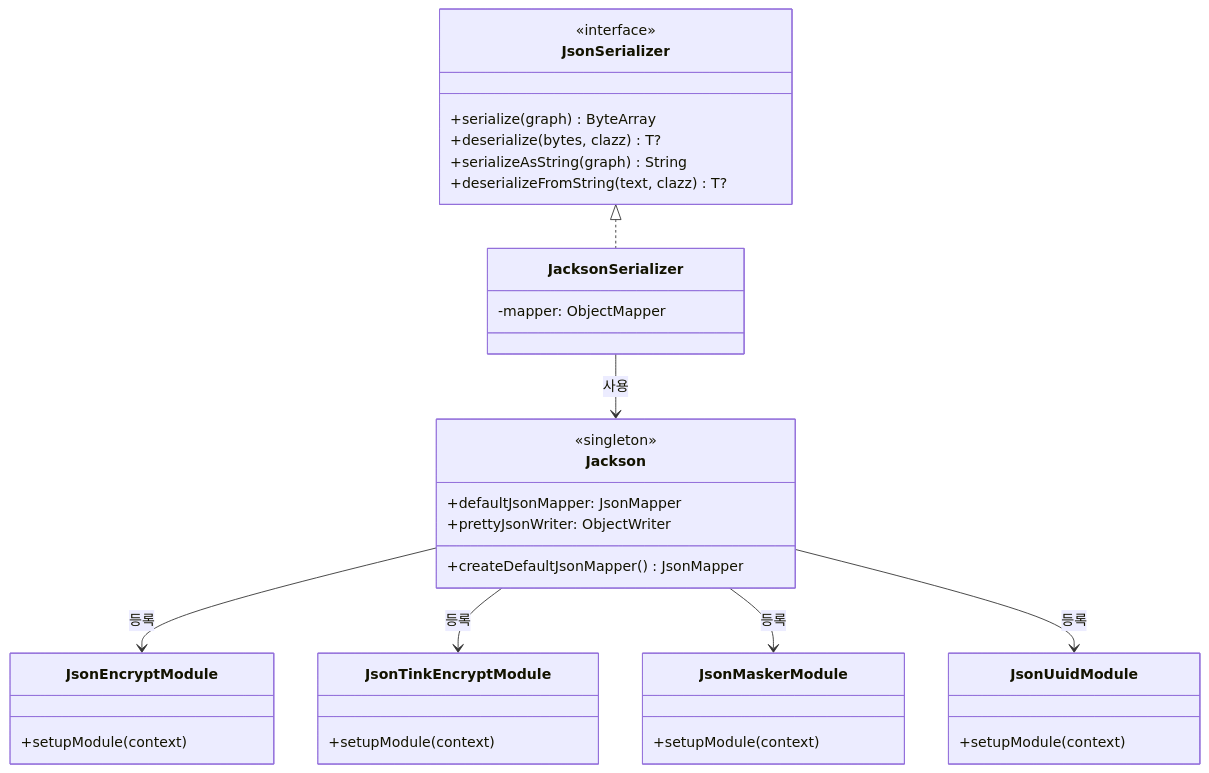
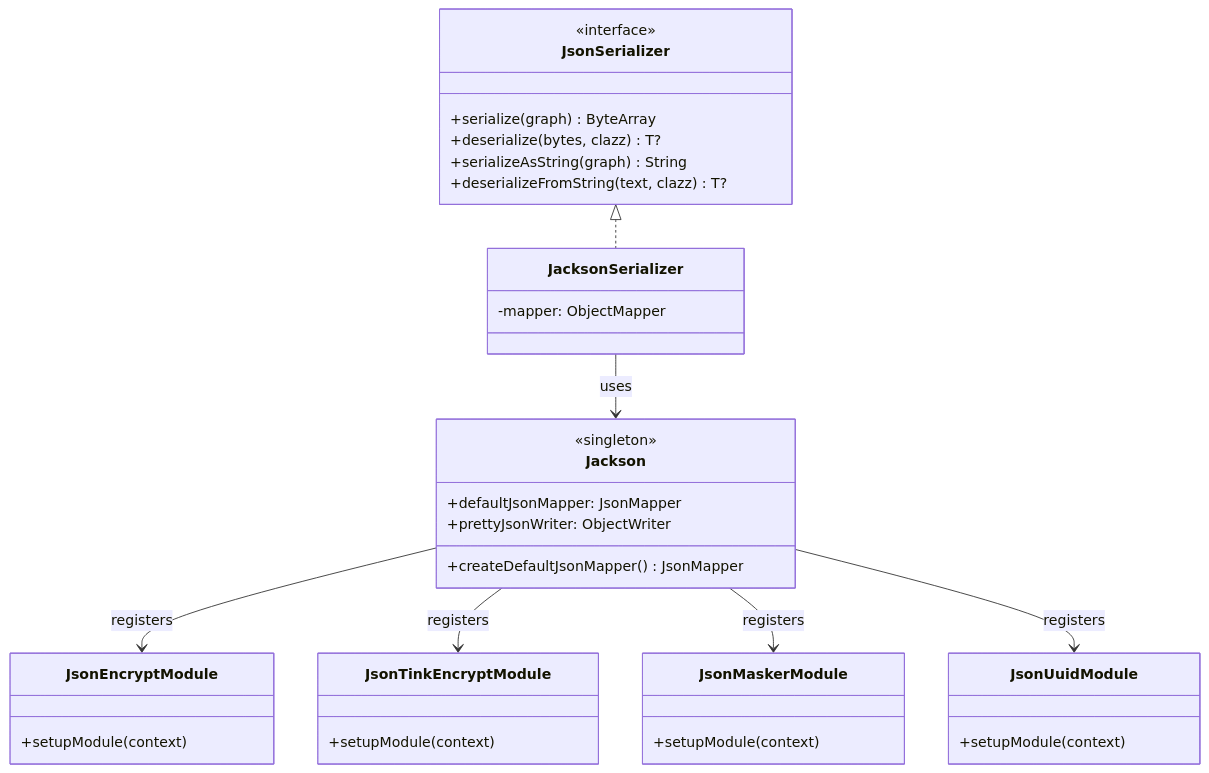
One commit to bluetape4k/bluetape4k-projects changed the second of 3 diagrams in io/jackson3/README.md. Above: the diagram before and after it, drawn with Mermaid. The commit also changed other lines of this file and 265 other files, not shown here.

````diff
--- a/io/jackson3/README.md
+++ b/io/jackson3/README.md
@@ -315,45 +317,45 @@
 ```mermaid
 classDiagram
     class JsonSerializer {
         <<interface>>
         +serialize(graph) ByteArray
         +deserialize(bytes, clazz) T?
         +serializeAsString(graph) String
         +deserializeFromString(text, clazz) T?
     }
 
     class JacksonSerializer {
         -mapper: ObjectMapper
     }
 
     class Jackson {
         <<singleton>>
         +defaultJsonMapper: JsonMapper
         +prettyJsonWriter: ObjectWriter
         +createDefaultJsonMapper() JsonMapper
     }
 
     class JsonEncryptModule {
         +setupModule(context)
     }
 
     class JsonTinkEncryptModule {
         +setupModule(context)
     }
 
     class JsonMaskerModule {
         +setupModule(context)
     }
 
     class JsonUuidModule {
         +setupModule(context)
     }
 
     JsonSerializer <|.. JacksonSerializer
-    JacksonSerializer --> Jackson : 사용
-    Jackson --> JsonEncryptModule : 등록
-    Jackson --> JsonTinkEncryptModule : 등록
-    Jackson --> JsonMaskerModule : 등록
-    Jackson --> JsonUuidModule : 등록
+    JacksonSerializer --> Jackson : uses
+    Jackson --> JsonEncryptModule : registers
+    Jackson --> JsonTinkEncryptModule : registers
+    Jackson --> JsonMaskerModule : registers
+    Jackson --> JsonUuidModule : registers
 
 ```
````
